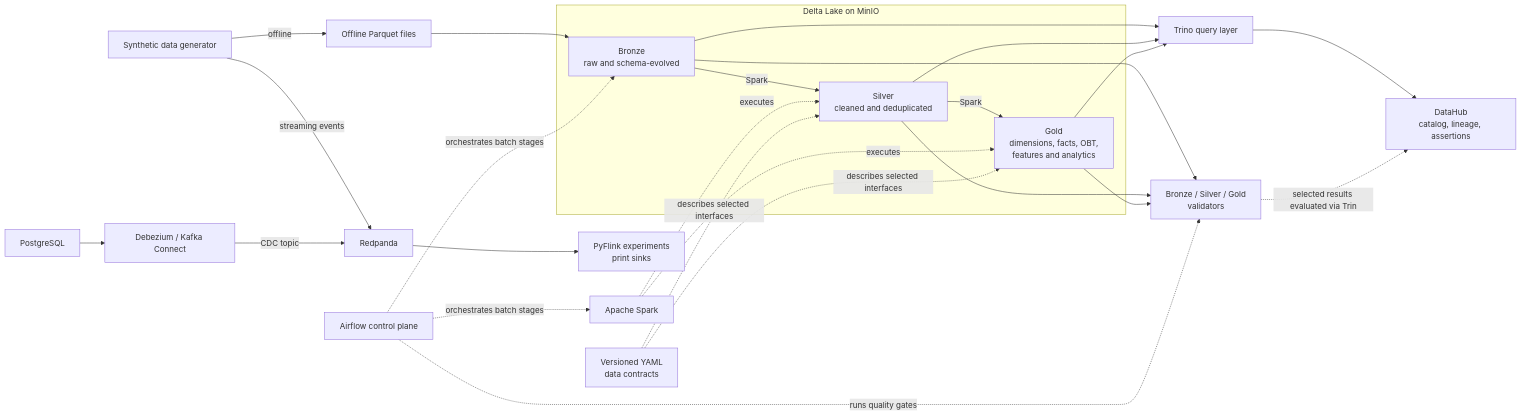
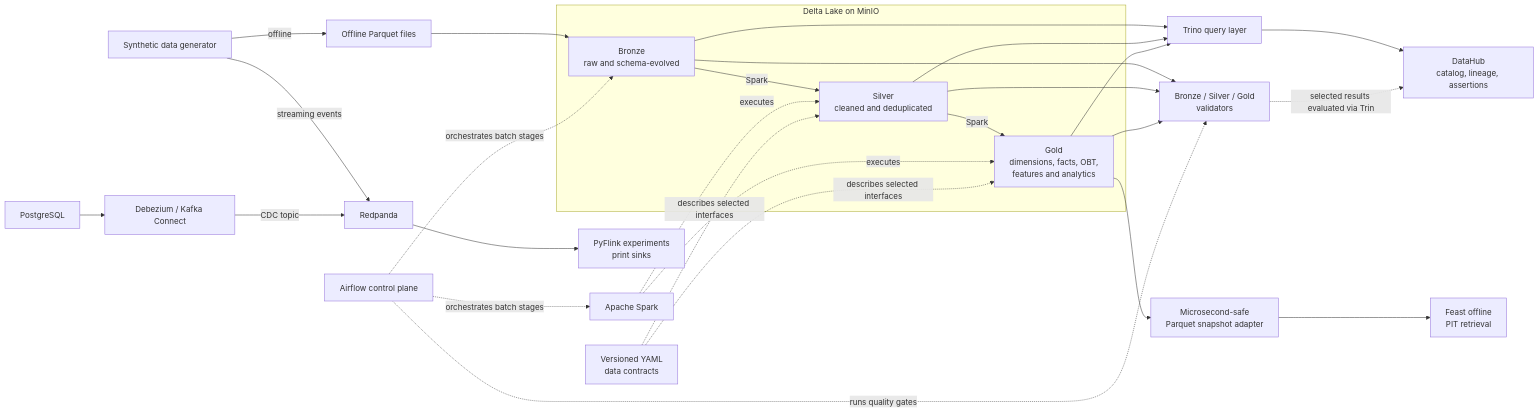
The first of 2 diagrams in docs/00_system_architecture.md (HuyyGiaa/ewallet-data-ai-platform), drawn with Mermaid before and after one commit. The commit also changed other lines of this file and 24 other files, not shown here.

Commit message:
feat: add Feast offline feature retrieval

````diff
--- a/docs/00_system_architecture.md
+++ b/docs/00_system_architecture.md
@@ -39,44 +40,47 @@
 ```mermaid
 flowchart LR
     GEN["Synthetic data generator"]
     PQ["Offline Parquet files"]
     PG["PostgreSQL"]
     DBZ["Debezium / Kafka Connect"]
     RP["Redpanda"]
     FLINK["PyFlink experiments<br/>print sinks"]
 
     subgraph LAKE["Delta Lake on MinIO"]
         BR["Bronze<br/>raw and schema-evolved"]
         SI["Silver<br/>cleaned and deduplicated"]
         GO["Gold<br/>dimensions, facts, OBT,<br/>features and analytics"]
     end
 
     SPARK["Apache Spark"]
     TRINO["Trino query layer"]
     DQ["Bronze / Silver / Gold<br/>validators"]
     CONTRACTS["Versioned YAML<br/>data contracts"]
     AIRFLOW["Airflow control plane"]
     DATAHUB["DataHub<br/>catalog, lineage, assertions"]
+    ADAPTER["Microsecond-safe<br/>Parquet snapshot adapter"]
+    FEAST["Feast offline<br/>PIT retrieval"]
 
     GEN -->|offline| PQ --> BR
     BR -->|Spark| SI -->|Spark| GO
     SPARK -.executes.-> SI
     SPARK -.executes.-> GO
 
     GEN -->|streaming events| RP --> FLINK
     PG --> DBZ -->|CDC topic| RP
 
     BR --> TRINO
     SI --> TRINO
     GO --> TRINO
+    GO --> ADAPTER --> FEAST
     BR --> DQ
     SI --> DQ
     GO --> DQ
     CONTRACTS -.describes selected interfaces.-> SI
     CONTRACTS -.describes selected interfaces.-> GO
     TRINO --> DATAHUB
     DQ -.selected results evaluated via Trino.-> DATAHUB
     AIRFLOW -.orchestrates batch stages.-> BR
     AIRFLOW -.orchestrates batch stages.-> SPARK
     AIRFLOW -.runs quality gates.-> DQ
 ```
````
